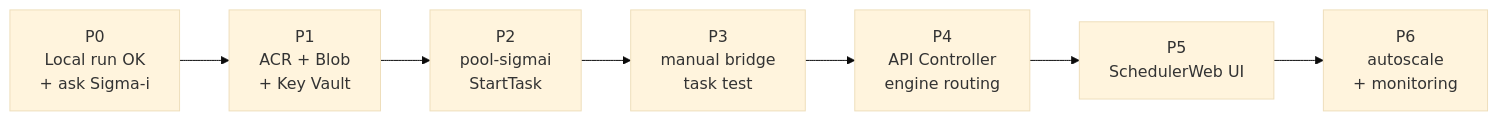
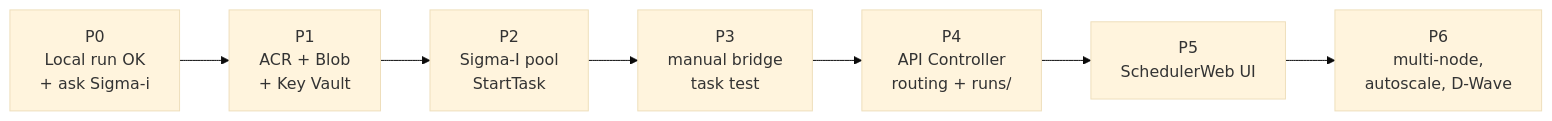
Diagram 12 of 12 in SigmaI/SigmaI_Azure_ImplementationPlan20261013.md (WhiTeXCharGe/TF_Testing), drawn with Mermaid (base theme) before and after one commit. The commit also changed other lines of this file and 2 other files, not shown here.

Commit message:
update implementation plan for sigmaAI

````diff
--- a/SigmaI/SigmaI_Azure_ImplementationPlan20261013.md
+++ b/SigmaI/SigmaI_Azure_ImplementationPlan20261013.md
@@ -251,4 +435,4 @@
 ```mermaid
 flowchart LR
-    P0["P0<br/>Local run OK<br/>+ ask Sigma-i"] --> P1["P1<br/>ACR + Blob<br/>+ Key Vault"] --> P2["P2<br/>pool-sigmai<br/>StartTask"] --> P3["P3<br/>manual bridge<br/>task test"] --> P4["P4<br/>API Controller<br/>engine routing"] --> P5["P5<br/>SchedulerWeb UI"] --> P6["P6<br/>autoscale<br/>+ monitoring"]
+    P0["P0<br/>Local run OK<br/>+ ask Sigma-i"] --> P1["P1<br/>ACR + Blob<br/>+ Key Vault"] --> P2["P2<br/>Sigma-I pool<br/>StartTask"] --> P3["P3<br/>manual bridge<br/>task test"] --> P4["P4<br/>API Controller<br/>routing + runs/"] --> P5["P5<br/>SchedulerWeb UI"] --> P6["P6<br/>multi-node,<br/>autoscale, D-Wave"]
 ```
````
